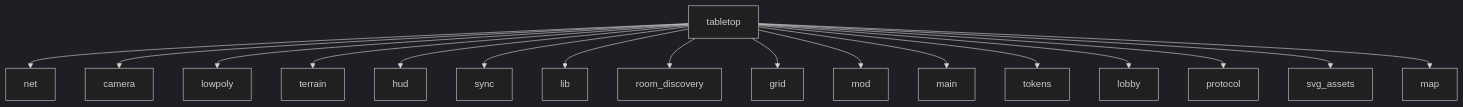
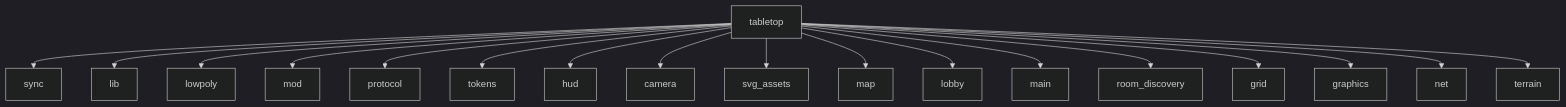
One commit to nicho55/MVCAP2P changed the diagram in docs/content/docs/tabletop/index.md. Above: the diagram before and after it, drawn with Mermaid (dark theme). The commit also changed other lines of this file and 36 other files, not shown here.

````diff
--- a/docs/content/docs/tabletop/index.md
+++ b/docs/content/docs/tabletop/index.md
@@ -3,36 +3,38 @@
 ```mermaid
 graph TD
   tabletop["tabletop"]
-  net["net"]
-  tabletop --> net
-  game_camera["camera"]
-  tabletop --> game_camera
-  game_lowpoly["lowpoly"]
-  tabletop --> game_lowpoly
-  game_terrain["terrain"]
-  tabletop --> game_terrain
-  game_hud["hud"]
-  tabletop --> game_hud
   game_sync["sync"]
   tabletop --> game_sync
   lib["lib"]
   tabletop --> lib
+  game_lowpoly["lowpoly"]
+  tabletop --> game_lowpoly
+  game_mod["mod"]
+  tabletop --> game_mod
+  protocol["protocol"]
+  tabletop --> protocol
+  game_tokens["tokens"]
+  tabletop --> game_tokens
+  game_hud["hud"]
+  tabletop --> game_hud
+  game_camera["camera"]
+  tabletop --> game_camera
+  svg_assets["svg_assets"]
+  tabletop --> svg_assets
+  game_map["map"]
+  tabletop --> game_map
+  lobby["lobby"]
+  tabletop --> lobby
+  main["main"]
+  tabletop --> main
   room_discovery["room_discovery"]
   tabletop --> room_discovery
   game_grid["grid"]
   tabletop --> game_grid
-  game_mod["mod"]
-  tabletop --> game_mod
-  main["main"]
-  tabletop --> main
-  game_tokens["tokens"]
-  tabletop --> game_tokens
-  lobby["lobby"]
-  tabletop --> lobby
-  protocol["protocol"]
-  tabletop --> protocol
-  svg_assets["svg_assets"]
-  tabletop --> svg_assets
-  game_map["map"]
-  tabletop --> game_map
+  game_graphics["graphics"]
+  tabletop --> game_graphics
+  net["net"]
+  tabletop --> net
+  game_terrain["terrain"]
+  tabletop --> game_terrain
 ```
````
